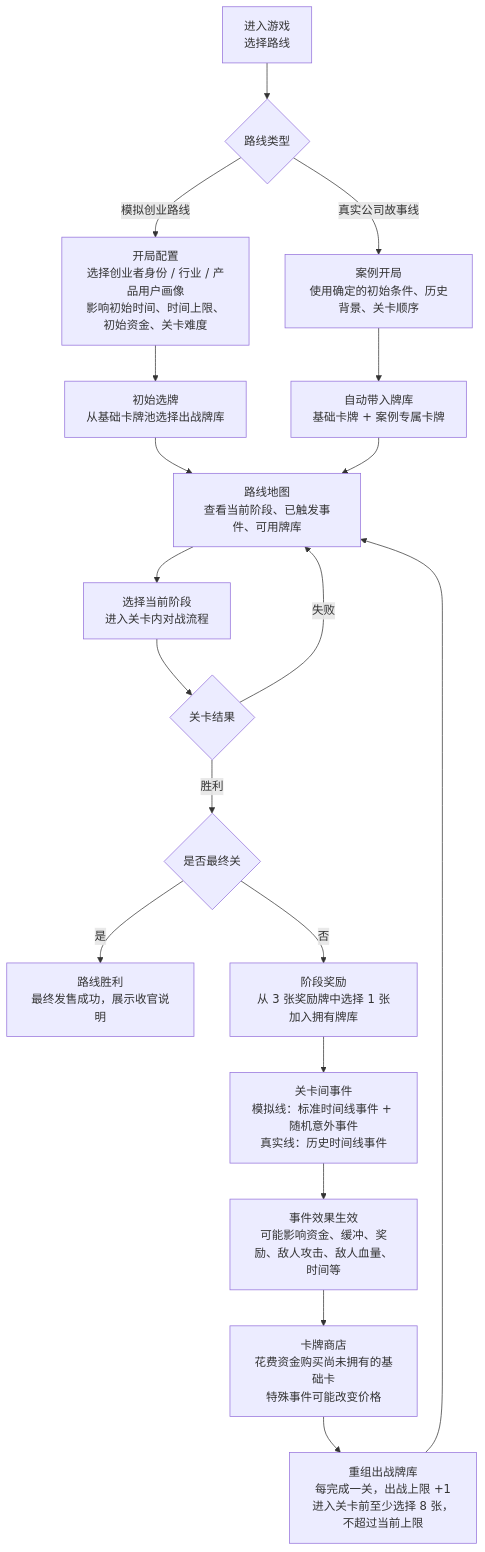
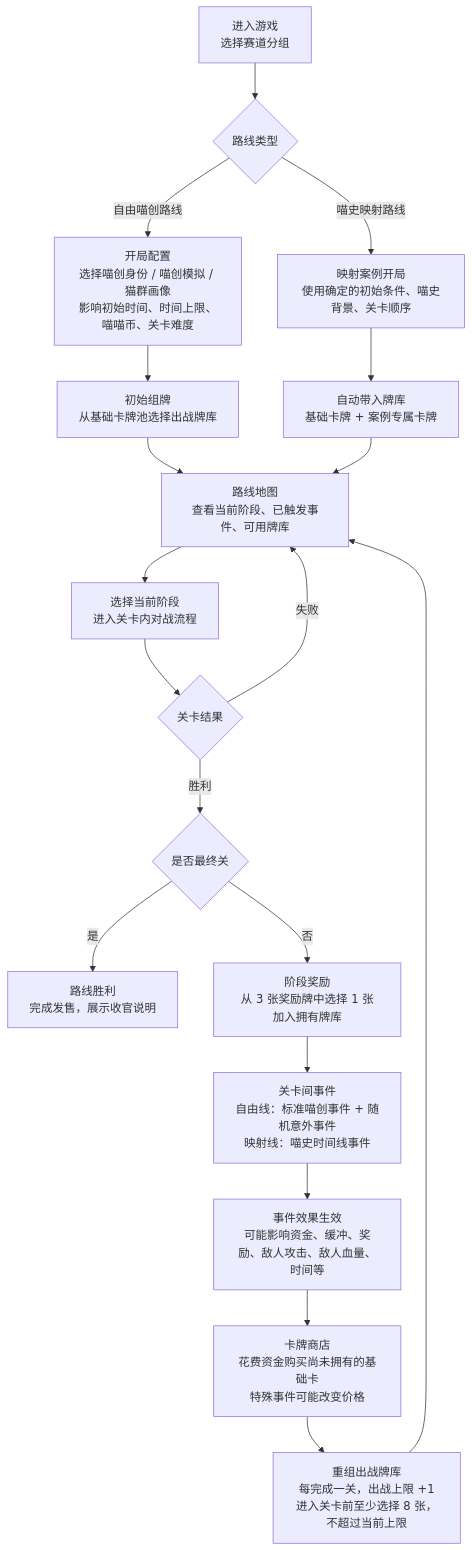
The first of 2 diagrams in 项目介绍与玩法说明/项目介绍与玩法说明.md (hex-meow/startup-card-game-demo), drawn with Mermaid before and after one commit. The commit also changed other lines of this file and 225 other files, not shown here.

````diff
--- a/项目介绍与玩法说明/项目介绍与玩法说明.md
+++ b/项目介绍与玩法说明/项目介绍与玩法说明.md
@@ -17,24 +50,24 @@
 ```mermaid
 flowchart TD
-  A["进入游戏<br/>选择路线"] --> B{"路线类型"}
+  A["进入游戏<br/>选择赛道分组"] --> B{"路线类型"}
 
-  B -->|模拟创业路线| C["开局配置<br/>选择创业者身份 / 行业 / 产品用户画像<br/>影响初始时间、时间上限、初始资金、关卡难度"]
-  C --> D["初始选牌<br/>从基础卡牌池选择出战牌库"]
+  B -->|自由喵创路线| C["开局配置<br/>选择喵创身份 / 喵创模拟 / 猫群画像<br/>影响初始时间、时间上限、喵喵币、关卡难度"]
+  C --> D["初始组牌<br/>从基础卡牌池选择出战牌库"]
 
-  B -->|真实公司故事线| E["案例开局<br/>使用确定的初始条件、历史背景、关卡顺序"]
+  B -->|喵史映射路线| E["映射案例开局<br/>使用确定的初始条件、喵史背景、关卡顺序"]
   E --> F["自动带入牌库<br/>基础卡牌 + 案例专属卡牌"]
 
   D --> G["路线地图<br/>查看当前阶段、已触发事件、可用牌库"]
   F --> G
   G --> H["选择当前阶段<br/>进入关卡内对战流程"]
   H --> I{"关卡结果"}
   I -->|失败| G
   I -->|胜利| J{"是否最终关"}
-  J -->|是| K["路线胜利<br/>最终发售成功，展示收官说明"]
+  J -->|是| K["路线胜利<br/>完成发售，展示收官说明"]
   J -->|否| L["阶段奖励<br/>从 3 张奖励牌中选择 1 张加入拥有牌库"]
-  L --> M["关卡间事件<br/>模拟线：标准时间线事件 + 随机意外事件<br/>真实线：历史时间线事件"]
+  L --> M["关卡间事件<br/>自由线：标准喵创事件 + 随机意外事件<br/>映射线：喵史时间线事件"]
   M --> N["事件效果生效<br/>可能影响资金、缓冲、奖励、敌人攻击、敌人血量、时间等"]
   N --> O["卡牌商店<br/>花费资金购买尚未拥有的基础卡<br/>特殊事件可能改变价格"]
   O --> P["重组出战牌库<br/>每完成一关，出战上限 +1<br/>进入关卡前至少选择 8 张，不超过当前上限"]
   P --> G
 ```
````
